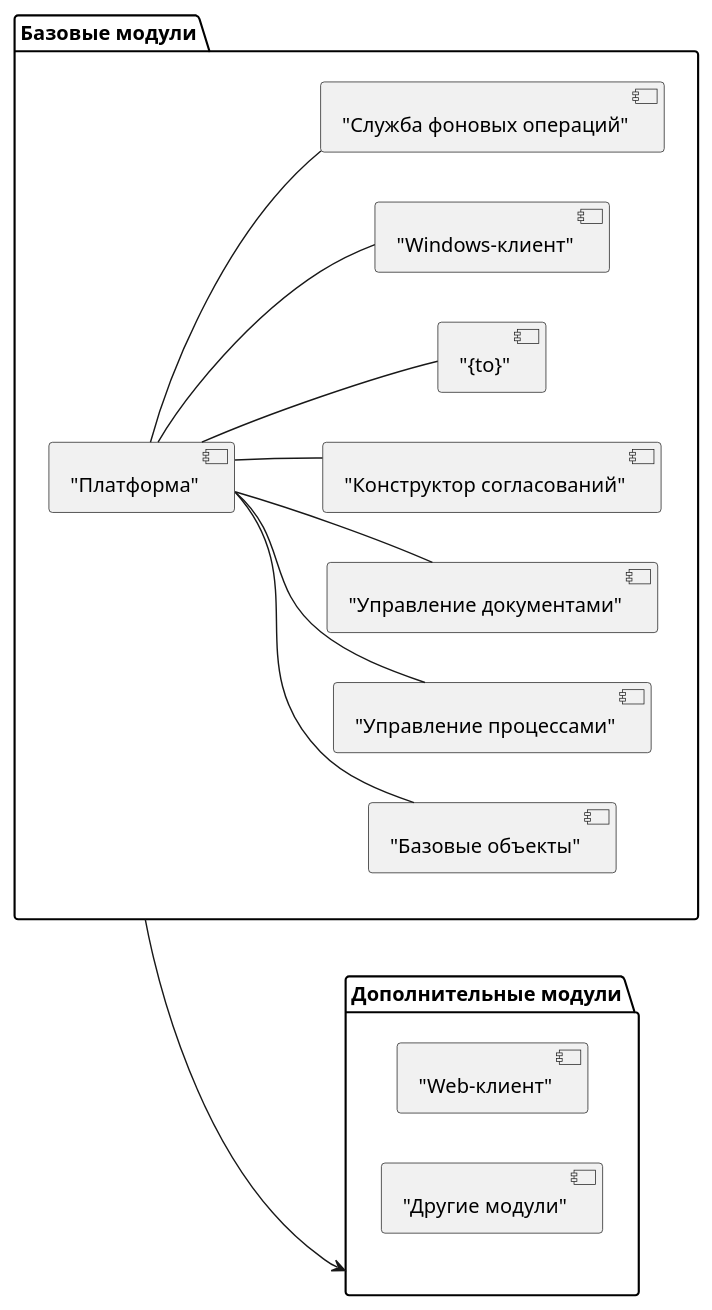
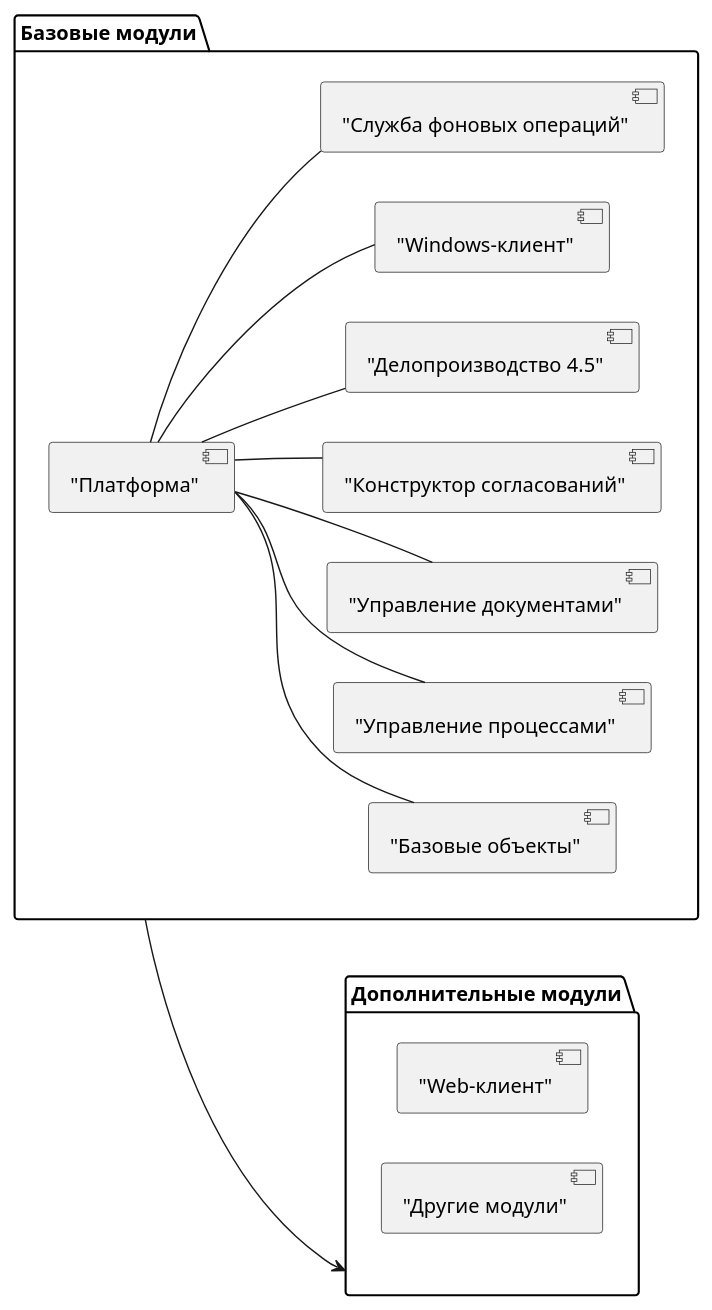
One commit to Docsvision/antora-install-guide changed the diagram in modules/ROOT/pages/index.adoc. Above: the diagram before and after it, drawn with PlantUML.

Commit message:
ERR-3653 -- атрибуты в диаграммах не работают

```diff
--- a/modules/ROOT/pages/index.adoc
+++ b/modules/ROOT/pages/index.adoc
@@ -82,49 +82,49 @@
 [plantuml, svg]
 ....
 @startuml
 left to right direction
 
 package "Базовые модули" as base {
 
 ["Платформа"] as platform
 ["Базовые объекты"] as baseobjects
 ["Управление процессами"] as workflow
 ["Управление документами"] as documentmanagement
 ["Конструктор согласований"] as approvaldesigner
-["{to}"] as takeoffice
+["Делопроизводство 4.5"] as takeoffice
 ["Windows-клиент"] as windowsclient
 ["Служба фоновых операций"] as workerservice
 }
 
 [baseobjects] -- [platform]
 [workflow] -- [platform]
 [takeoffice] -- [platform]
 [windowsclient] -- [platform]
 [documentmanagement] -- [platform]
 [approvaldesigner] -- [platform]
 [workerservice] -- [platform]
 
 package "Дополнительные модули" as additional {
 
 ["Web-клиент"] as webclient
 ["Другие модули"] as other
 }
 
 platform -[hidden]-> baseobjects
 platform -[hidden]-> workflow
 platform -[hidden]-> takeoffice
 platform -[hidden]-> windowsclient
 platform -[hidden]-> documentmanagement
 platform -[hidden]-> approvaldesigner
 platform -[hidden]-> workerservice
 
 package "Дополнительные модули" as additional {
 
 ["Web-клиент"] as webclient
 ["Другие модули"] as other
 }
 
 base -down-> additional
 
 @enduml
 ....
```
